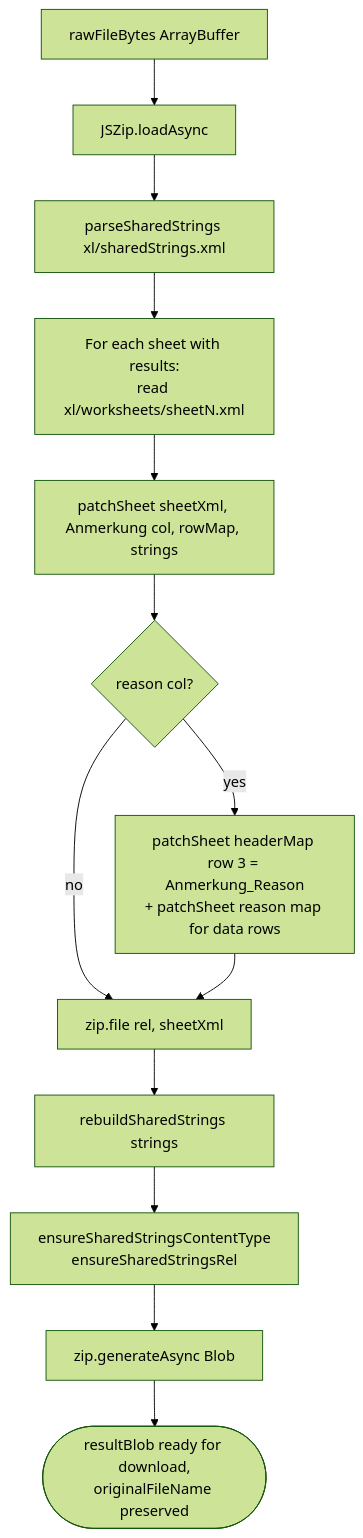
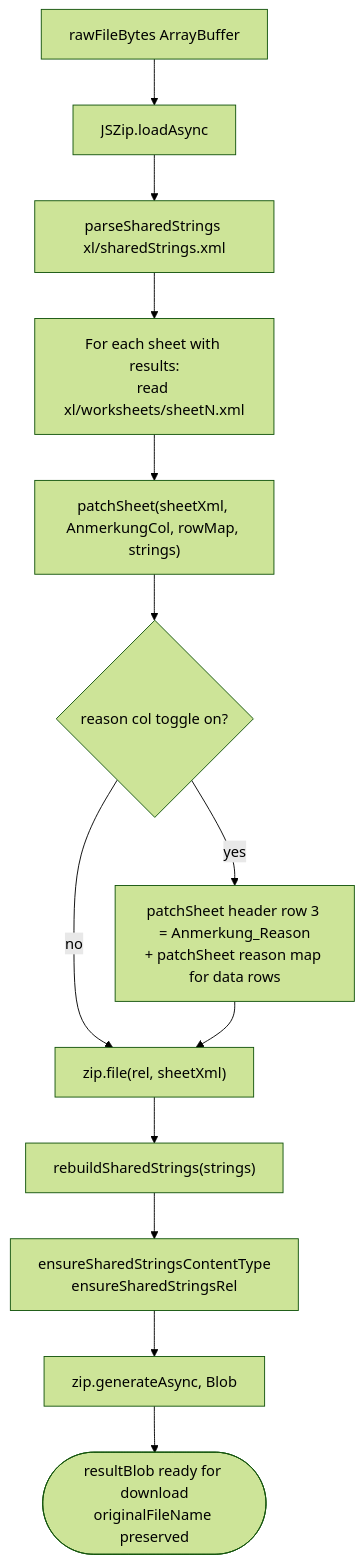
Before and after one commit to nicoyogi/vb-code-vault: the fifth of 5 diagrams in docs/ANMERKUNG-WORKFLOW.md, drawn with Mermaid (forest theme). The commit also changed other lines of this file, not shown here.

Commit message:
docs(anmerkung): quote Mermaid node labels so diagrams render on GitHub

````diff
--- a/docs/ANMERKUNG-WORKFLOW.md
+++ b/docs/ANMERKUNG-WORKFLOW.md
@@ -437,15 +437,15 @@
 ```mermaid
 flowchart TD
-  A[rawFileBytes ArrayBuffer] --> B[JSZip.loadAsync]
-  B --> C[parseSharedStrings xl/sharedStrings.xml]
-  C --> D[For each sheet with results:<br/>read xl/worksheets/sheetN.xml]
-  D --> E[patchSheet sheetXml, Anmerkung col, rowMap, strings]
-  E --> F{reason col?}
-  F -- yes --> G[patchSheet headerMap row 3 = Anmerkung_Reason<br/>+ patchSheet reason map for data rows]
-  F -- no --> H
-  G --> H[zip.file rel, sheetXml]
-  H --> I[rebuildSharedStrings strings]
-  I --> J[ensureSharedStringsContentType<br/>ensureSharedStringsRel]
-  J --> K[zip.generateAsync Blob]
-  K --> L([resultBlob ready for download,<br/>originalFileName preserved])
+  A["rawFileBytes ArrayBuffer"] --> B["JSZip.loadAsync"]
+  B --> C["parseSharedStrings xl/sharedStrings.xml"]
+  C --> D["For each sheet with results:<br/>read xl/worksheets/sheetN.xml"]
+  D --> E["patchSheet(sheetXml, AnmerkungCol, rowMap, strings)"]
+  E --> F{"reason col toggle on?"}
+  F -- yes --> G["patchSheet header row 3 = Anmerkung_Reason<br/>+ patchSheet reason map for data rows"]
+  F -- no --> H["zip.file(rel, sheetXml)"]
+  G --> H
+  H --> I["rebuildSharedStrings(strings)"]
+  I --> J["ensureSharedStringsContentType<br/>ensureSharedStringsRel"]
+  J --> K["zip.generateAsync, Blob"]
+  K --> L(["resultBlob ready for download<br/>originalFileName preserved"])
 ```
````
